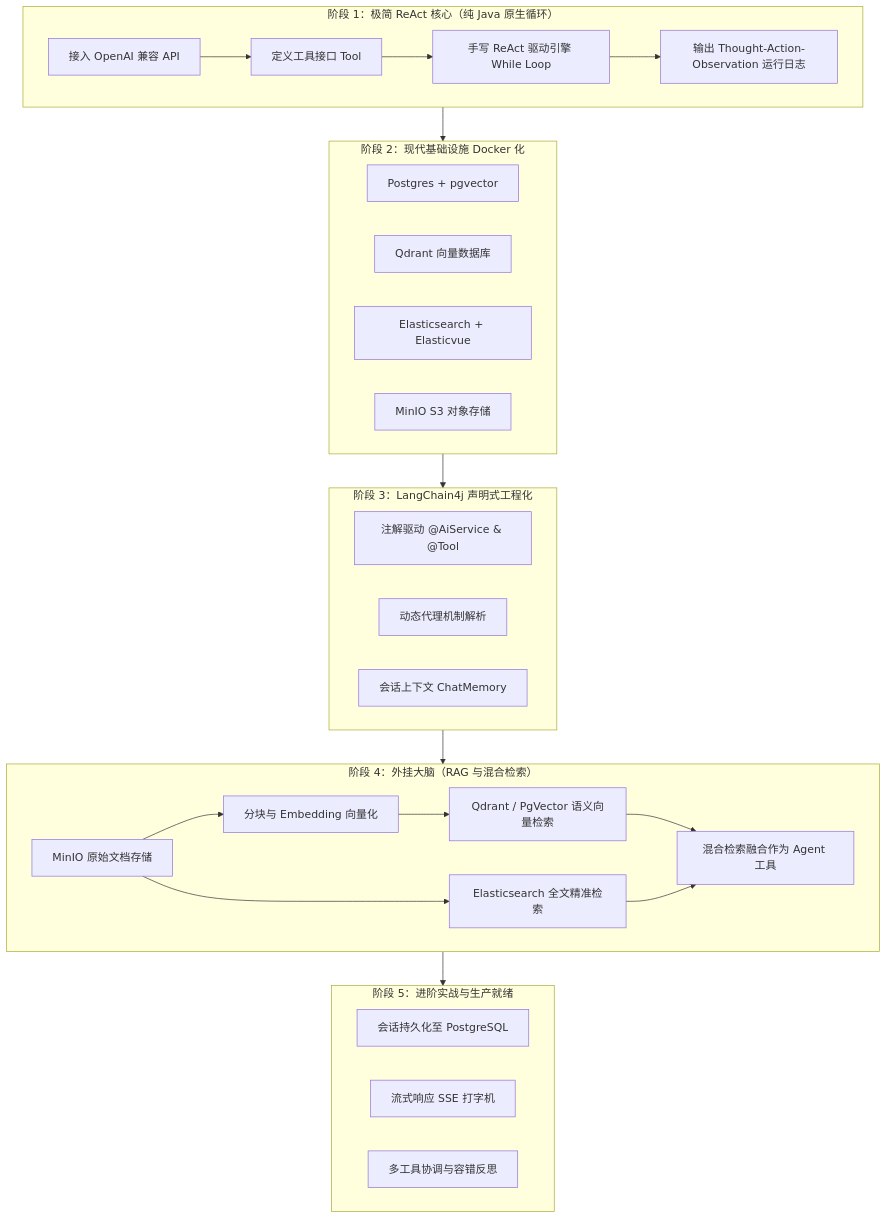
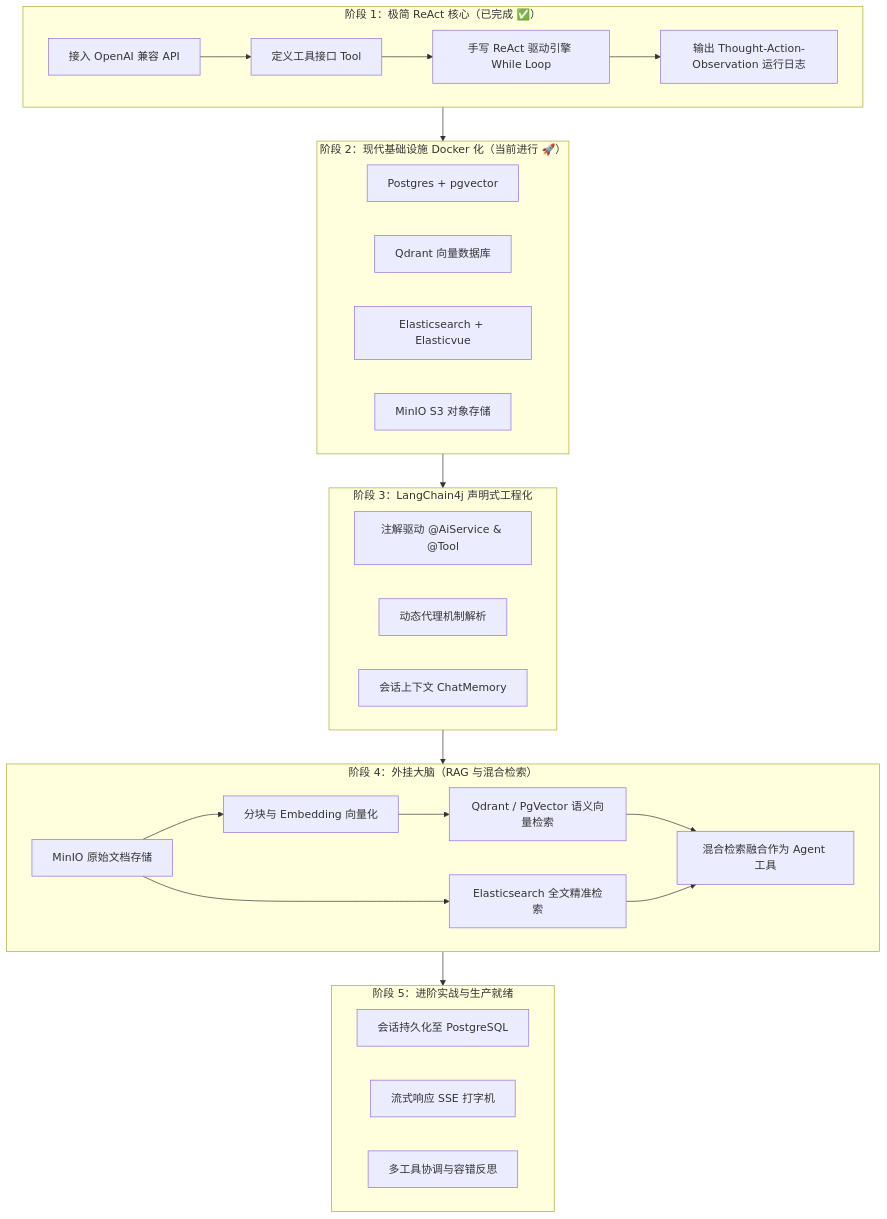
One commit to AKYakult/LearnAgent changed the diagram in ROADMAP.md. Above: the diagram before and after it, drawn with Mermaid. The commit also changed other lines of this file and 1 other file, not shown here.

Commit message:
docs: update roadmap with phase 1 completion and phase 2 plan; chore: tune jvm test args

````diff
--- a/ROADMAP.md
+++ b/ROADMAP.md
@@ -10,39 +10,39 @@
 ```mermaid
 flowchart TD
-    subgraph Phase1["阶段 1：极简 ReAct 核心（纯 Java 原生循环）"]
+    subgraph Phase1["阶段 1：极简 ReAct 核心（已完成 ✅）"]
         P1_1[接入 OpenAI 兼容 API] --> P1_2[定义工具接口 Tool]
         P1_2 --> P1_3[手写 ReAct 驱动引擎 While Loop]
         P1_3 --> P1_4[输出 Thought-Action-Observation 运行日志]
     end
 
-    subgraph Phase2["阶段 2：现代基础设施 Docker 化"]
+    subgraph Phase2["阶段 2：现代基础设施 Docker 化（当前进行 🚀）"]
         P2_1[Postgres + pgvector]
         P2_2[Qdrant 向量数据库]
         P2_3[Elasticsearch + Elasticvue]
         P2_4[MinIO S3 对象存储]
     end
 
     subgraph Phase3["阶段 3：LangChain4j 声明式工程化"]
         P3_1[注解驱动 @AiService & @Tool]
         P3_2[动态代理机制解析]
         P3_3[会话上下文 ChatMemory]
     end
 
     subgraph Phase4["阶段 4：外挂大脑（RAG 与混合检索）"]
         P4_1[MinIO 原始文档存储] --> P4_2[分块与 Embedding 向量化]
         P4_2 --> P4_3[Qdrant / PgVector 语义向量检索]
         P4_1 --> P4_4[Elasticsearch 全文精准检索]
         P4_3 & P4_4 --> P4_5[混合检索融合作为 Agent 工具]
     end
 
     subgraph Phase5["阶段 5：进阶实战与生产就绪"]
         P5_1[会话持久化至 PostgreSQL]
         P5_2[流式响应 SSE 打字机]
         P5_3[多工具协调与容错反思]
     end
 
     Phase1 --> Phase2
     Phase2 --> Phase3
     Phase3 --> Phase4
     Phase4 --> Phase5
 ```
````
